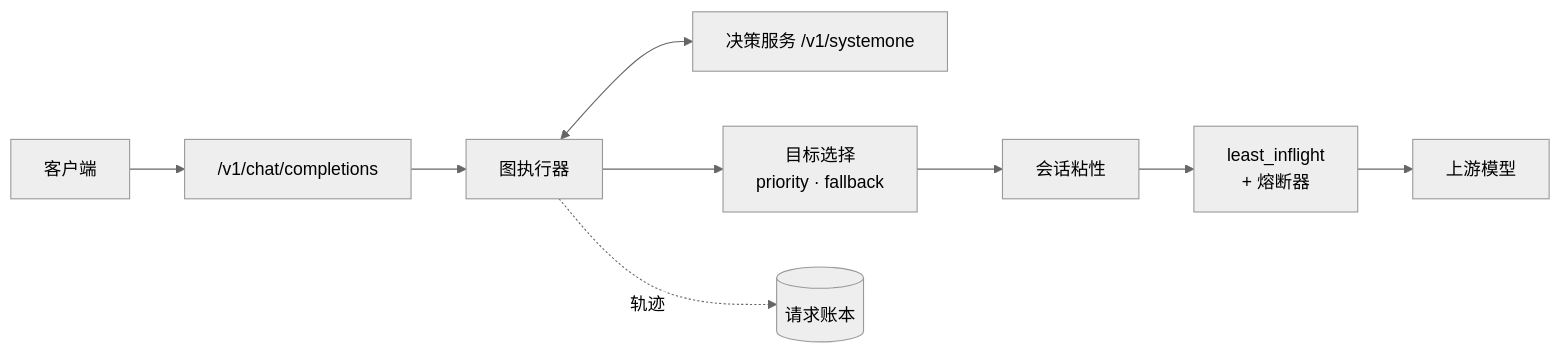
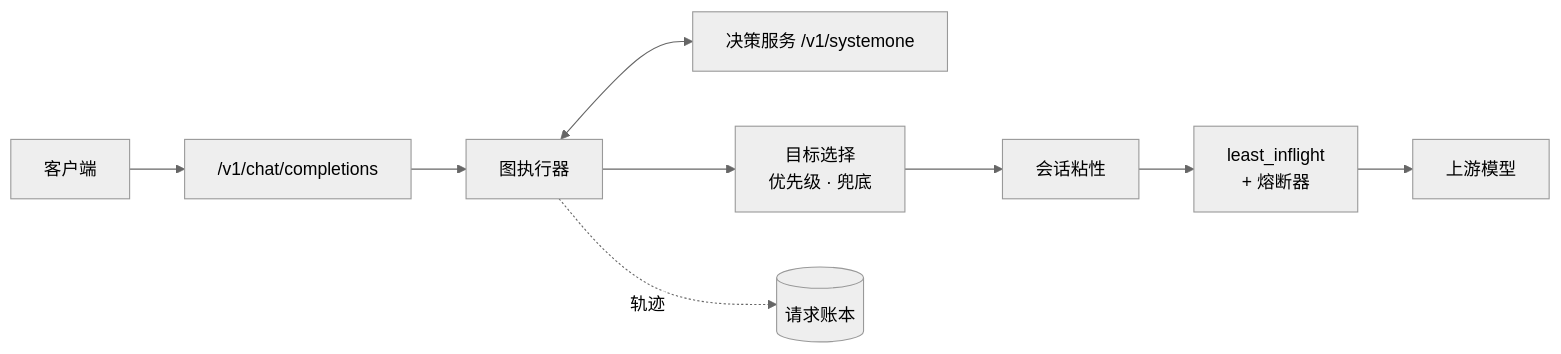
The diagram in README.zh-CN.md (Wayfinder-one/RoutePilot), drawn with Mermaid (neutral theme) before and after one commit. The commit also changed other lines of this file and 13 other files, not shown here.

````diff
--- a/README.zh-CN.md
+++ b/README.zh-CN.md
@@ -22,11 +26,11 @@
 ```mermaid
 flowchart LR
   C[客户端] --> V["/v1/chat/completions"]
   V --> G[图执行器]
   G <--> J["决策服务 /v1/systemone"]
-  G --> T["目标选择<br/>priority · fallback"]
+  G --> T["目标选择<br/>优先级 · 兜底"]
   T --> A[会话粘性]
   A --> L["least_inflight<br/>+ 熔断器"]
   L --> U[上游模型]
   G -. 轨迹 .-> R[(请求账本)]
 ```
````
